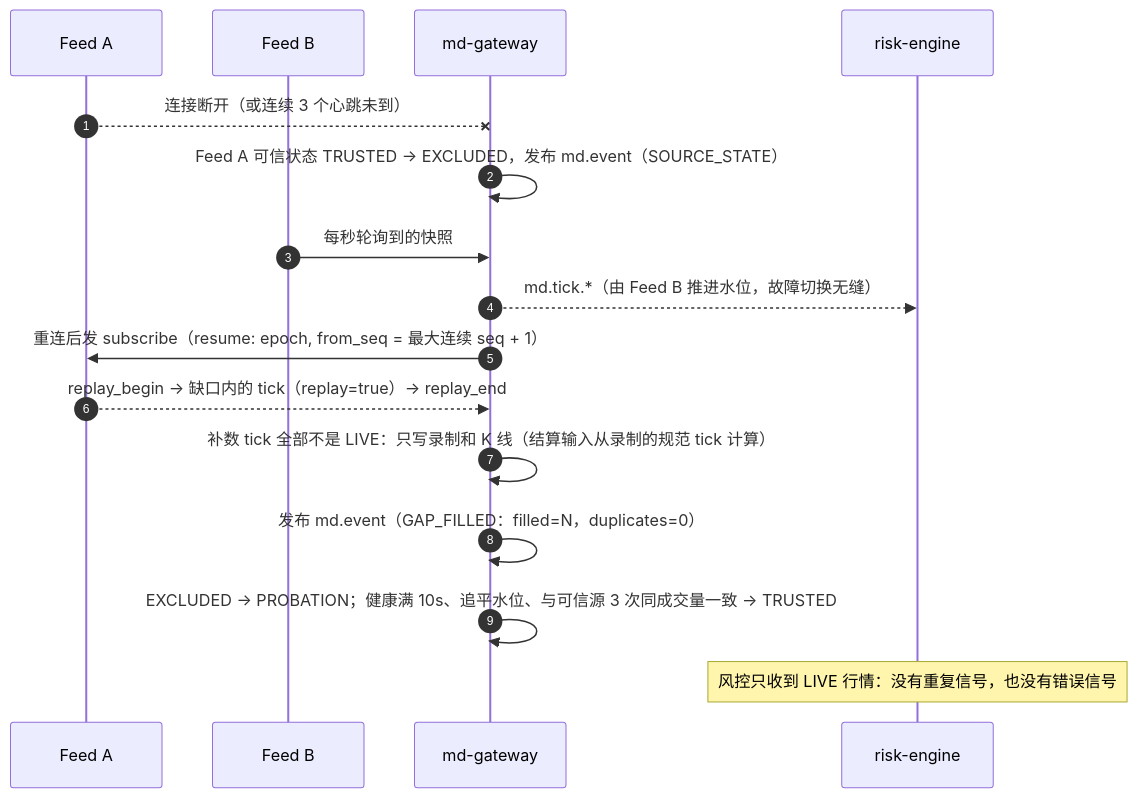
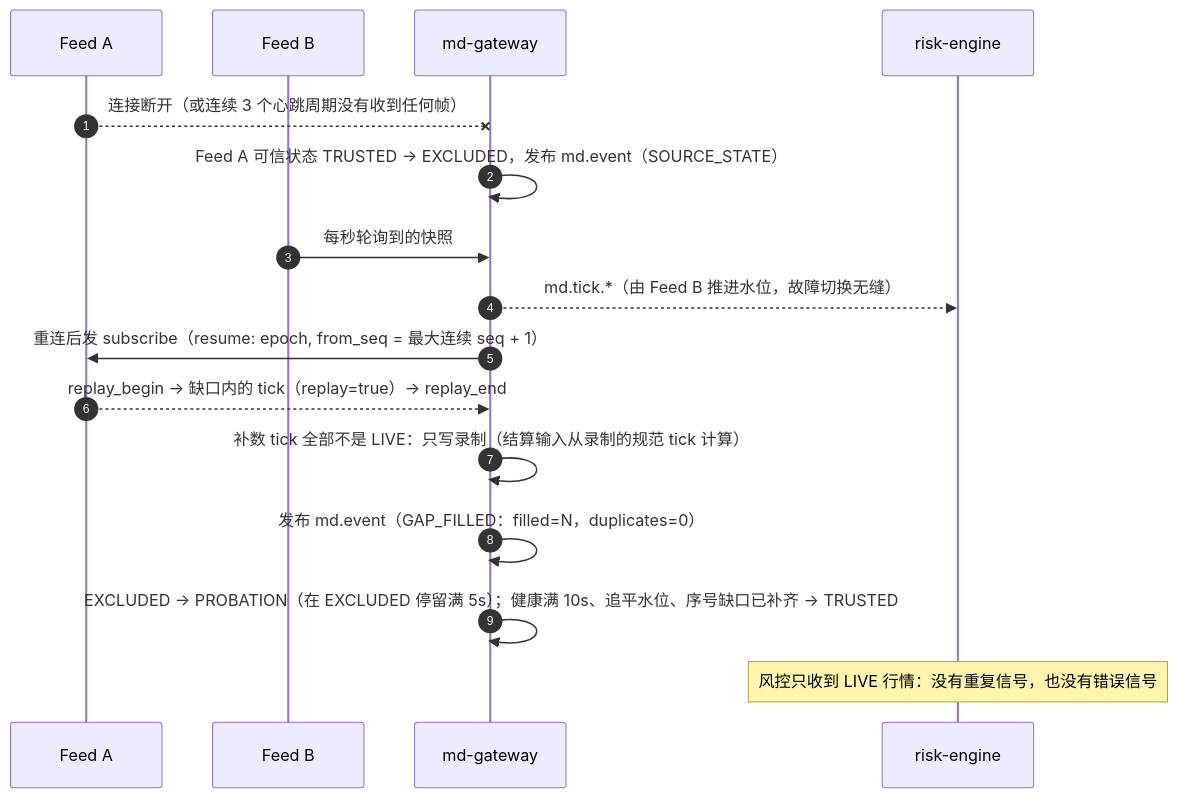
The eighth of 17 diagrams in docs/01-architecture.md (tom-xue-dev/futrisk), drawn with Mermaid before and after one commit. The commit also changed other lines of this file and 31 other files, not shown here.

First line of the commit message:
文档：按代码重建 docs 为 v1.0，全量验证并重拍截图

````diff
--- a/docs/01-architecture.md
+++ b/docs/01-architecture.md
@@ -527,18 +553,18 @@
 ```mermaid
 sequenceDiagram
     autonumber
     participant A as Feed A
     participant B as Feed B
     participant MD as md-gateway
     participant RE as risk-engine
-    A--xMD: 连接断开（或连续 3 个心跳未到）
+    A--xMD: 连接断开（或连续 3 个心跳周期没有收到任何帧）
     MD->>MD: Feed A 可信状态 TRUSTED → EXCLUDED，发布 md.event（SOURCE_STATE）
     B->>MD: 每秒轮询到的快照
     MD-->>RE: md.tick.*（由 Feed B 推进水位，故障切换无缝）
     MD->>A: 重连后发 subscribe（resume: epoch, from_seq = 最大连续 seq + 1）
     A-->>MD: replay_begin → 缺口内的 tick（replay=true）→ replay_end
-    MD->>MD: 补数 tick 全部不是 LIVE：只写录制和 K 线（结算输入从录制的规范 tick 计算）
+    MD->>MD: 补数 tick 全部不是 LIVE：只写录制（结算输入从录制的规范 tick 计算）
     MD->>MD: 发布 md.event（GAP_FILLED：filled=N，duplicates=0）
-    MD->>MD: EXCLUDED → PROBATION；健康满 10s、追平水位、与可信源 3 次同成交量一致 → TRUSTED
+    MD->>MD: EXCLUDED → PROBATION（在 EXCLUDED 停留满 5s）；健康满 10s、追平水位、序号缺口已补齐 → TRUSTED
     Note over RE: 风控只收到 LIVE 行情：没有重复信号，也没有错误信号
 ```
````
